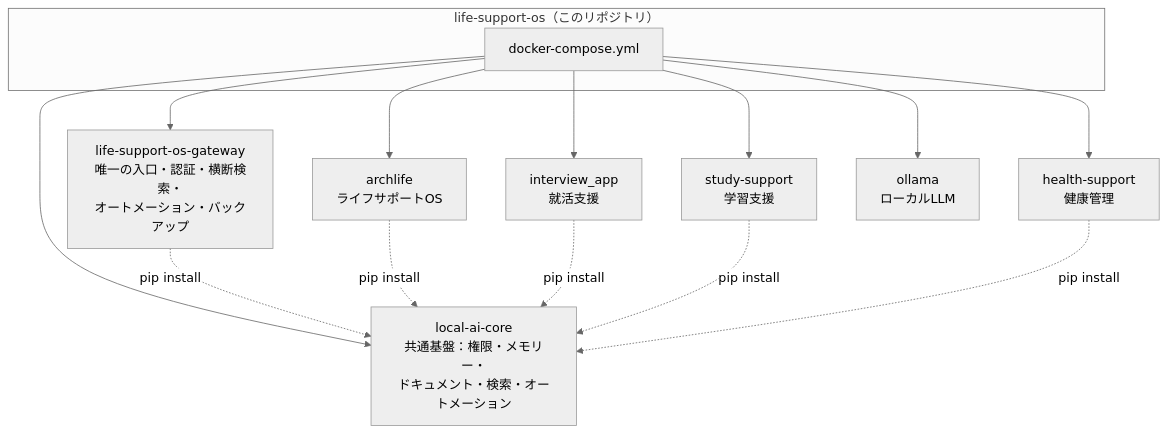
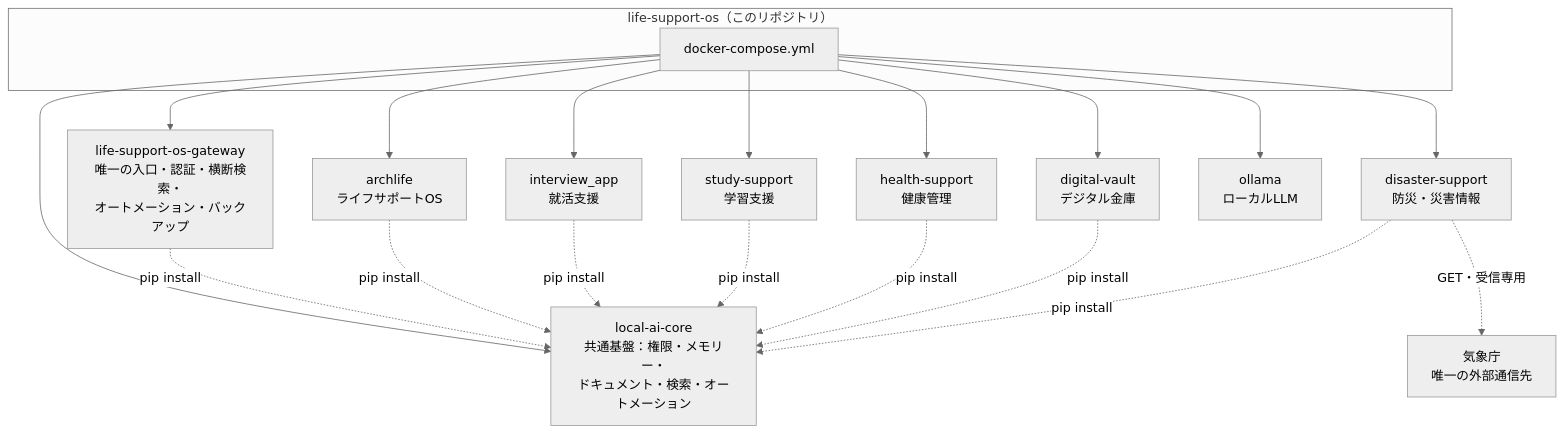
The diagram in README.md (Myubd/life-support-os), drawn with Mermaid (neutral theme) before and after one commit. The commit also changed other lines of this file, not shown here.

Commit message:
docs: add digital-vault/disaster-support to README, restore installer quickstart

````diff
--- a/README.md
+++ b/README.md
@@ -16,20 +18,26 @@
 ```mermaid
 graph TD
     subgraph "life-support-os（このリポジトリ）"
         DC[docker-compose.yml]
     end
 
     DC --> GW[life-support-os-gateway<br/>唯一の入口・認証・横断検索・<br/>オートメーション・バックアップ]
     DC --> CORE[local-ai-core<br/>共通基盤：権限・メモリー・<br/>ドキュメント・検索・オートメーション]
     DC --> LIFE[archlife<br/>ライフサポートOS]
     DC --> CAREER[interview_app<br/>就活支援]
     DC --> STUDY[study-support<br/>学習支援]
     DC --> HEALTH[health-support<br/>健康管理]
+    DC --> VAULT[digital-vault<br/>デジタル金庫]
+    DC --> DISASTER[disaster-support<br/>防災・災害情報]
     DC --> LLM[ollama<br/>ローカルLLM]
 
     GW -.pip install.-> CORE
     LIFE -.pip install.-> CORE
     CAREER -.pip install.-> CORE
     STUDY -.pip install.-> CORE
     HEALTH -.pip install.-> CORE
+    VAULT -.pip install.-> CORE
+    DISASTER -.pip install.-> CORE
+
+    DISASTER -.GET・受信専用.-> JMA[気象庁<br/>唯一の外部通信先]
 ```
````
